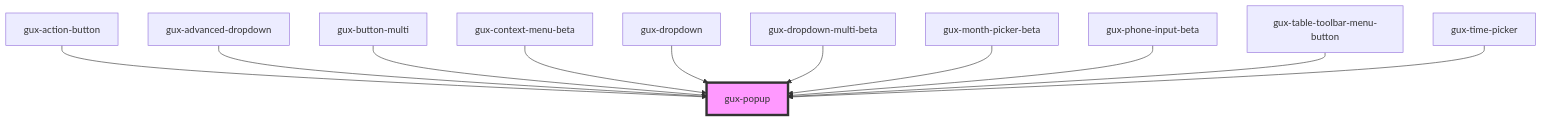
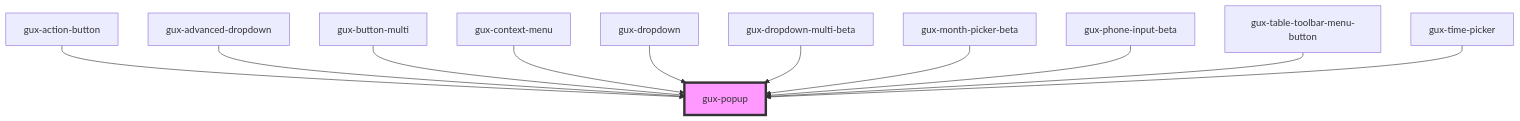
Before and after one commit to MyPureCloud/genesys-spark: the diagram in packages/genesys-spark-components/src/components/stable/gux-popup/readme.md, drawn with Mermaid. The commit also changed other lines of this file and 12 other files, not shown here.

````diff
--- a/packages/genesys-spark-components/src/components/stable/gux-popup/readme.md
+++ b/packages/genesys-spark-components/src/components/stable/gux-popup/readme.md
@@ -48,14 +48,14 @@
 ```mermaid
 graph TD;
   gux-action-button --> gux-popup
   gux-advanced-dropdown --> gux-popup
   gux-button-multi --> gux-popup
-  gux-context-menu-beta --> gux-popup
+  gux-context-menu --> gux-popup
   gux-dropdown --> gux-popup
   gux-dropdown-multi-beta --> gux-popup
   gux-month-picker-beta --> gux-popup
   gux-phone-input-beta --> gux-popup
   gux-table-toolbar-menu-button --> gux-popup
   gux-time-picker --> gux-popup
   style gux-popup fill:#f9f,stroke:#333,stroke-width:4px
 ```
````
